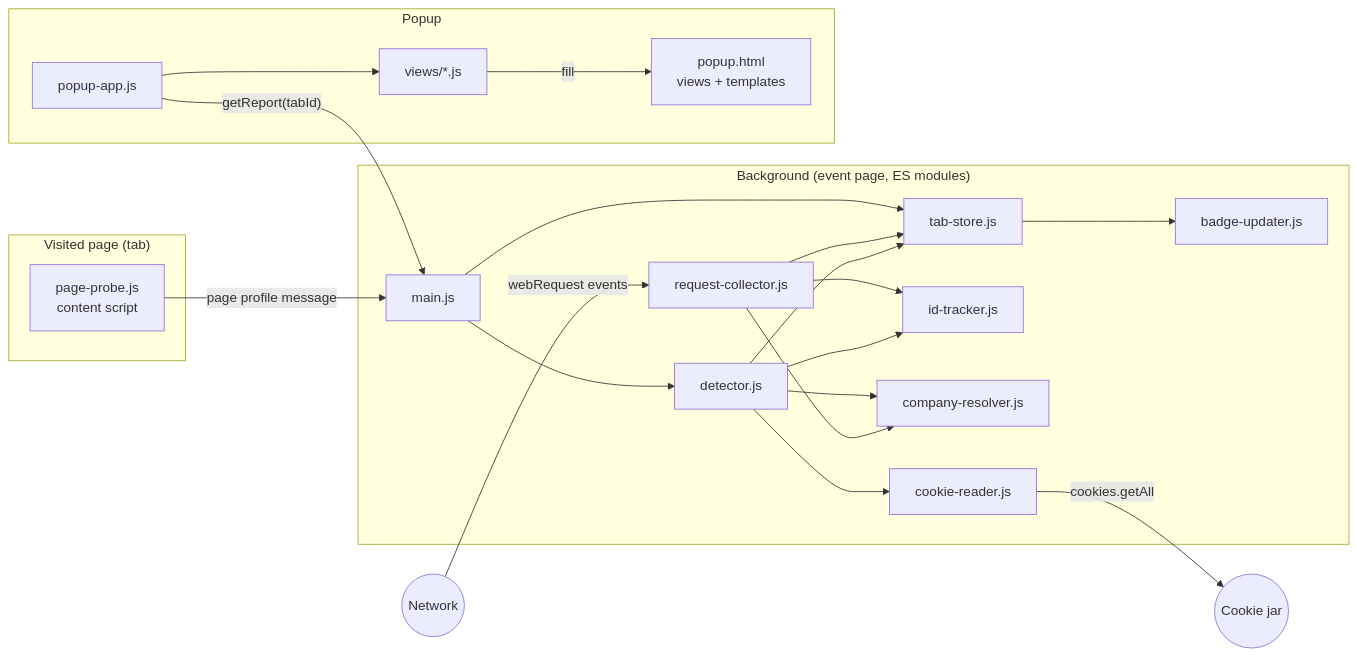
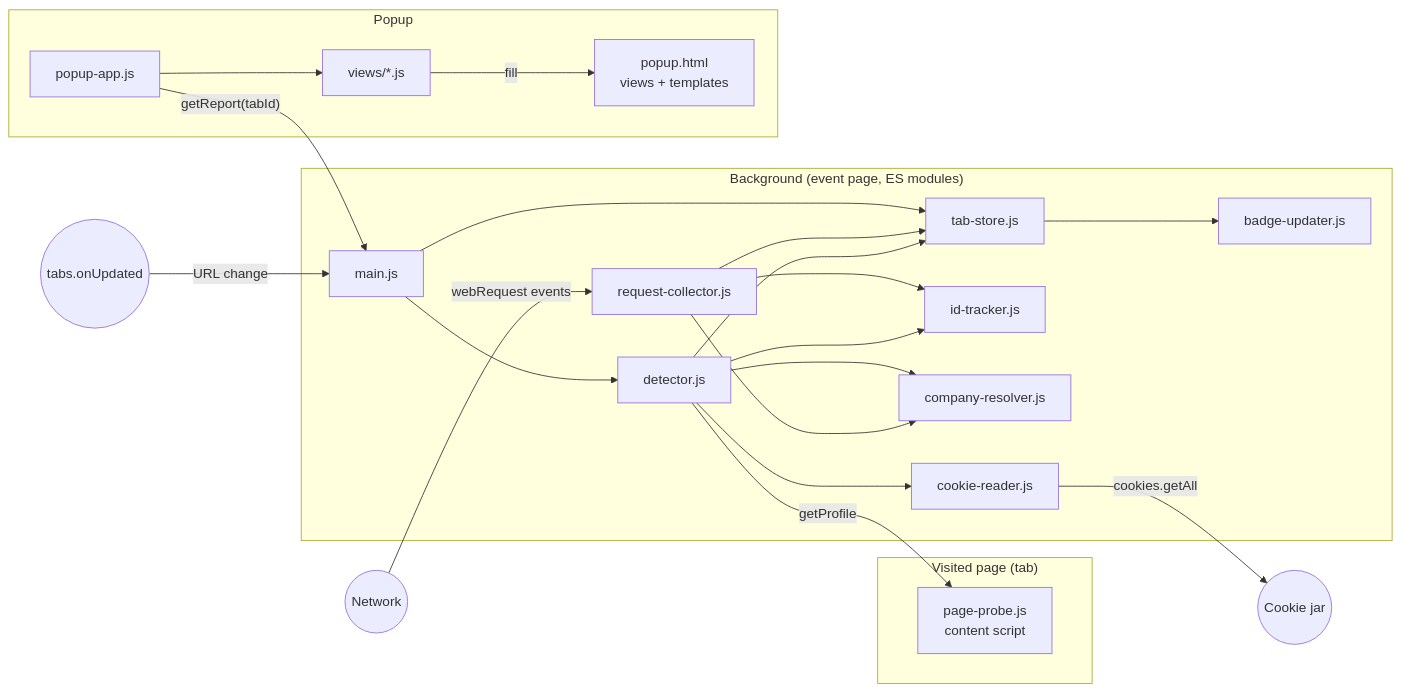
One commit to KarnesTH/kd-onlooker changed the diagram in docs/architecture.md. Above: the diagram before and after it, drawn with Mermaid. The commit also changed other lines of this file and 53 other files, not shown here.

````diff
--- a/docs/architecture.md
+++ b/docs/architecture.md
@@ -16,40 +16,41 @@
 ```mermaid
 flowchart LR
     subgraph Page["Visited page (tab)"]
         CS["page-probe.js<br/>content script"]
     end
 
     subgraph BG["Background (event page, ES modules)"]
         MAIN["main.js"]
         RC["request-collector.js"]
         TS["tab-store.js"]
         DET["detector.js"]
         IDT["id-tracker.js"]
         CR["company-resolver.js"]
         CK["cookie-reader.js"]
         BD["badge-updater.js"]
     end
 
     subgraph Popup["Popup"]
         HTML["popup.html<br/>views + templates"]
         APP["popup-app.js"]
         VIEWS["views/*.js"]
     end
 
     NET(("Network")) -- "webRequest events" --> RC
-    CS -- "page profile message" --> MAIN
+    TABS(("tabs.onUpdated")) -- "URL change" --> MAIN
     MAIN --> TS
     RC --> TS
     RC --> IDT
     TS --> BD
     APP -- "getReport(tabId)" --> MAIN
     MAIN --> DET
+    DET -- "getProfile" --> CS
     DET --> TS
     DET --> IDT
     DET --> CR
     DET --> CK
     CK -- "cookies.getAll" --> JAR(("Cookie jar"))
     RC --> CR
     APP --> VIEWS
     VIEWS -- "fill" --> HTML
 ```
````
